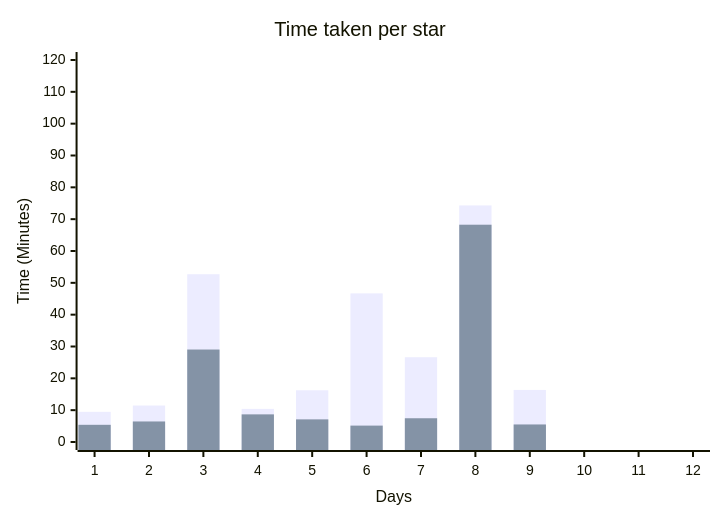
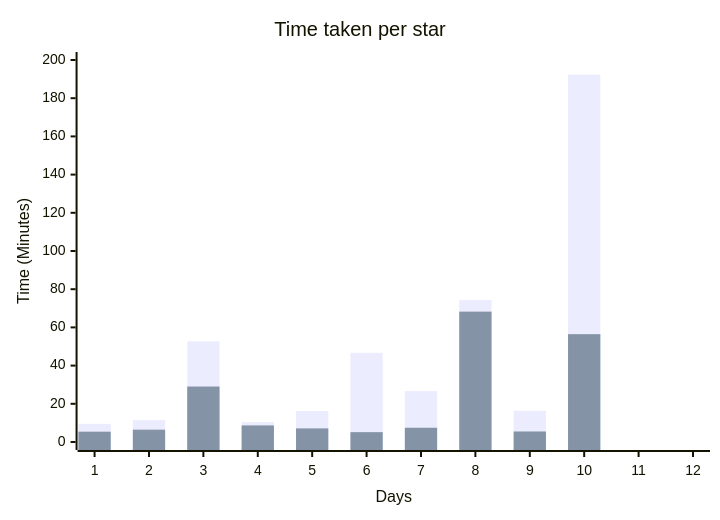
Before and after one commit to Voxed/aoc25: the diagram in readme.md, drawn with Mermaid. The commit also changed other lines of this file, not shown here.

````diff
--- a/readme.md
+++ b/readme.md
@@ -16,8 +16,8 @@
 ```mermaid
 xychart
     title "Time taken per star"
     x-axis "Days" [1,2,3,4,5,6,7,8,9,10,11,12]
-    y-axis "Time (Minutes)" 0 --> 120
-    bar [9.48, 11.46, 52.7, 10.4, 16.25, 46.68, 26.63, 74.31, 16.35]
-    bar [5.4, 6.45, 29.05, 8.68, 7.11, 5.15, 7.46, 68.26, 5.51]
+    y-axis "Time (Minutes)" 0 --> 200
+    bar [9.48, 11.46, 52.7, 10.4, 16.25, 46.68, 26.63, 74.31, 16.35, 192.31]
+    bar [5.4, 6.45, 29.05, 8.68, 7.11, 5.15, 7.46, 68.26, 5.51, 56.45]
 ```
````
